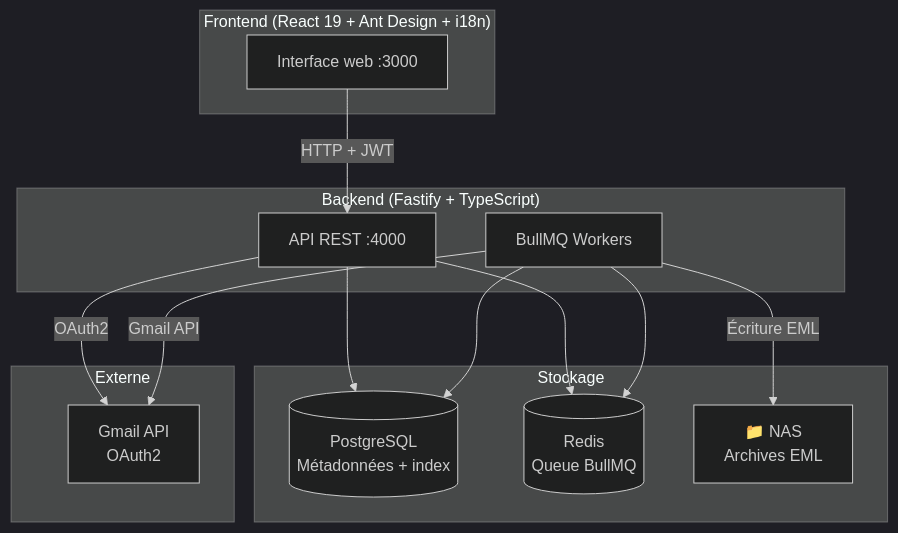
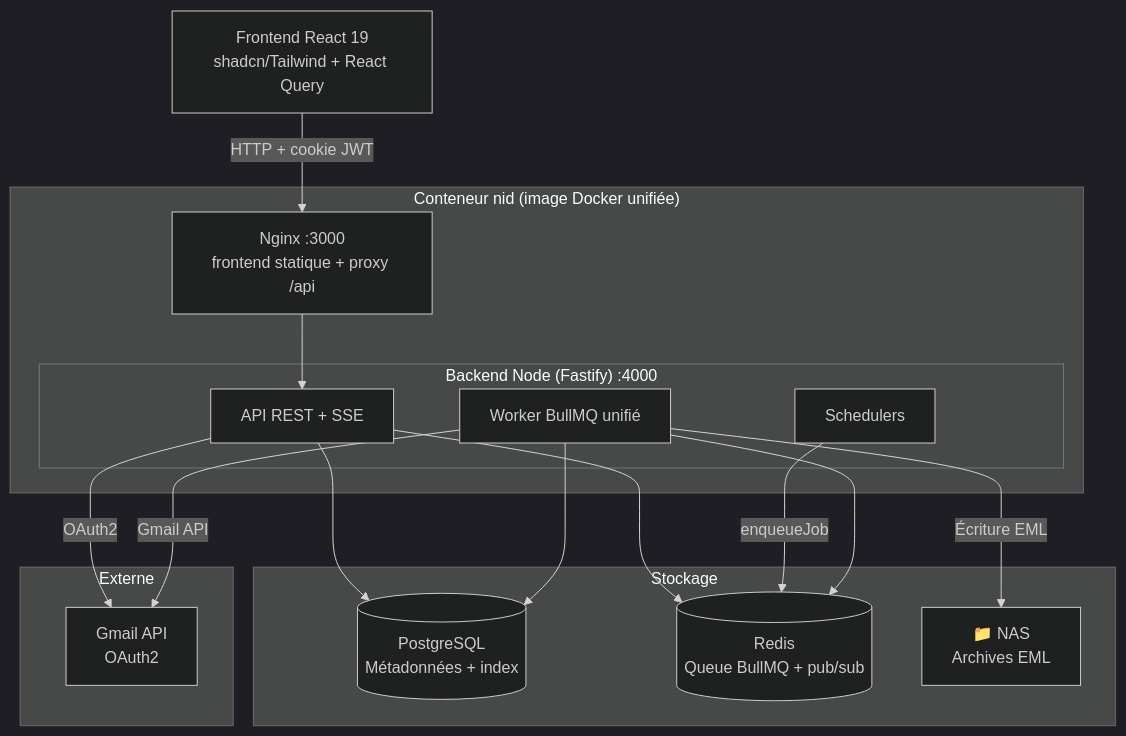
The first of 4 diagrams in docs/fr/technical/overview.md (Le-Nid/nid), drawn with Mermaid (dark theme) before and after one commit. The commit also changed other lines of this file and 13 other files, not shown here.

First line of the commit message:
docs(technical): align architecture pages with the current code

````diff
--- a/docs/fr/technical/overview.md
+++ b/docs/fr/technical/overview.md
@@ -5,30 +5,33 @@
 ```mermaid
 graph TB
-    subgraph Frontend["Frontend (React 19 + Ant Design + i18n)"]
-        UI[Interface web :3000]
+    subgraph Container["Conteneur nid (image Docker unifiée)"]
+        Nginx[Nginx :3000\nfrontend statique + proxy /api]
+        subgraph Backend["Backend Node (Fastify) :4000"]
+            API[API REST + SSE]
+            Worker[Worker BullMQ unifié]
+            Sched[Schedulers]
+        end
     end
 
-    subgraph Backend["Backend (Fastify + TypeScript)"]
-        API[API REST :4000]
-        Workers[BullMQ Workers]
-    end
+    UI[Frontend React 19\nshadcn/Tailwind + React Query] -->|HTTP + cookie JWT| Nginx
+    Nginx --> API
 
     subgraph Storage["Stockage"]
         PG[(PostgreSQL\nMétadonnées + index)]
-        Redis[(Redis\nQueue BullMQ)]
+        Redis[(Redis\nQueue BullMQ + pub/sub)]
         NAS[📁 NAS\nArchives EML]
     end
 
     subgraph External["Externe"]
         Gmail[Gmail API\nOAuth2]
     end
 
-    UI -->|HTTP + JWT| API
     API -->|OAuth2| Gmail
     API --> PG
     API --> Redis
-    Workers --> PG
-    Workers --> Redis
-    Workers -->|Écriture EML| NAS
-    Workers -->|Gmail API| Gmail
+    Sched -->|enqueueJob| Redis
+    Worker --> PG
+    Worker --> Redis
+    Worker -->|Écriture EML| NAS
+    Worker -->|Gmail API| Gmail
 ```
````
